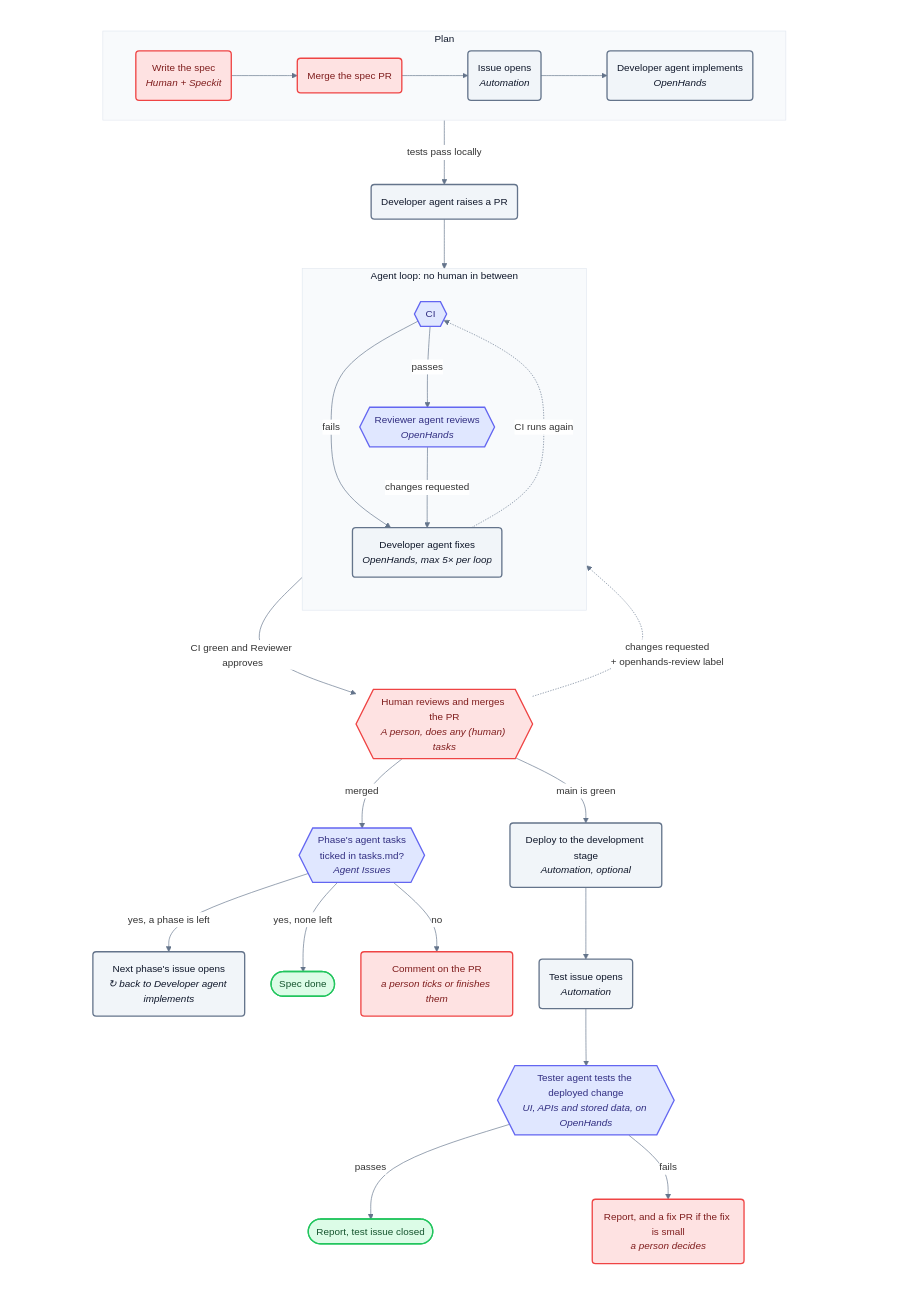
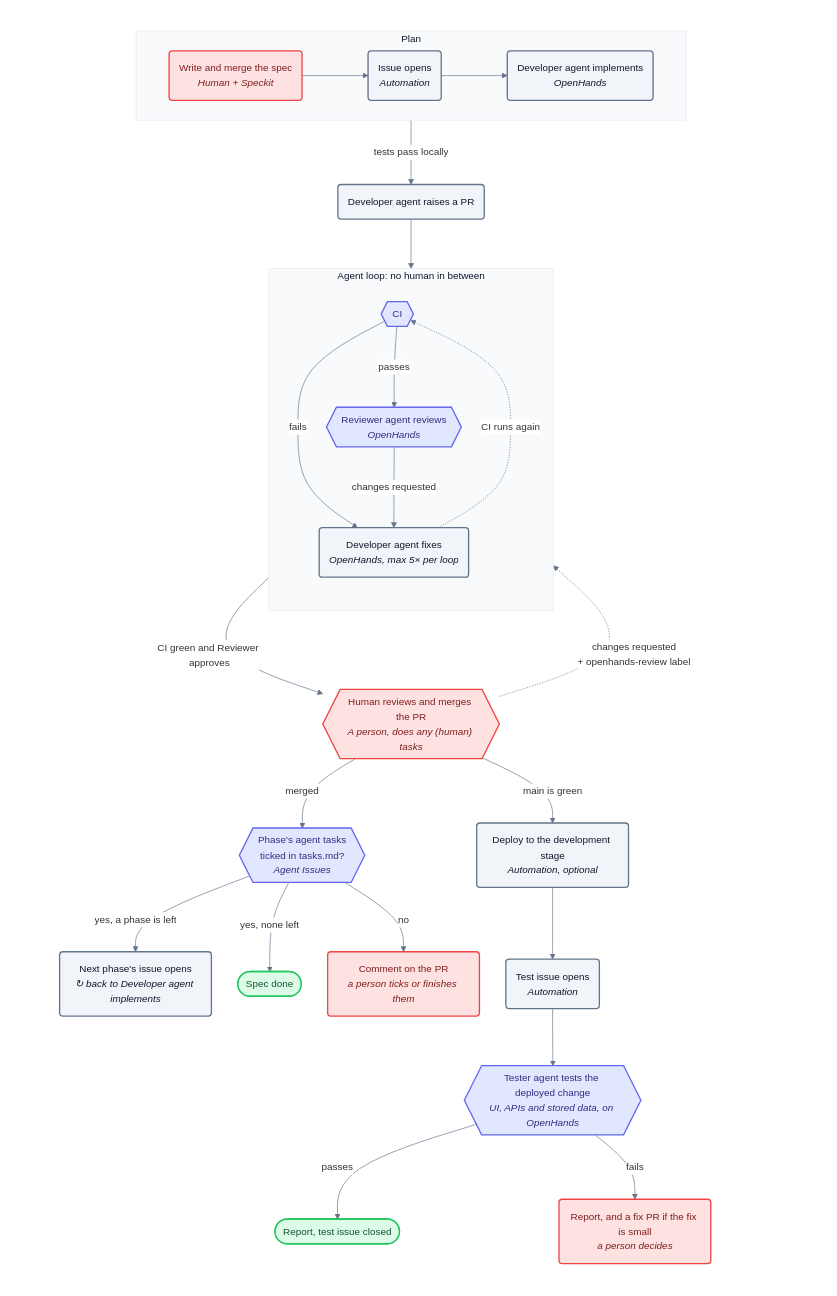
The diagram in docs/diagrams/agentic-loop.mmd (AlexTo/agentic-sdlc), drawn with Mermaid before and after one commit. The commit also changed 1 other file, not shown here.

Commit message:
docs: merge the agentic loop's write-the-spec and merge-the-spec boxes

```diff
--- a/docs/diagrams/agentic-loop.mmd
+++ b/docs/diagrams/agentic-loop.mmd
@@ -1,60 +1,59 @@
 %%{init: {"theme": "base", "flowchart": {"curve": "basis", "nodeSpacing": 40, "rankSpacing": 50}, "themeVariables": {"fontFamily": "Inter, system-ui, sans-serif", "fontSize": "15px", "lineColor": "#64748b", "background": "#ffffff", "textColor": "#0f172a", "titleColor": "#0f172a", "edgeLabelBackground": "#ffffff", "clusterBkg": "#f8fafc", "clusterBorder": "#e2e8f0"}}}%%
 flowchart TB
     subgraph ALL[" "]
     direction TB
     subgraph PLAN["Plan"]
         direction LR
-        S("`Write the spec
-_Human + Speckit_`") --> M1("Merge the spec PR")
-        M1 --> I("`Issue opens
+        S("`Write and merge the spec
+_Human + Speckit_`") --> I("`Issue opens
 _Automation_`")
         I --> IMPL("`Developer agent implements
 _OpenHands_`")
     end
 
     subgraph VERIFY["Agent loop: no human in between"]
         direction TB
         CI{{"CI"}} -- "passes" --> AR{{"`Reviewer agent reviews
 _OpenHands_`"}}
         CI -- "fails" --> FIX("`Developer agent fixes
 _OpenHands, max 5× per loop_`")
         AR -- "changes requested" --> FIX
         FIX -. "CI runs again" .-> CI
     end
 
     PLAN -- "tests pass locally" --> PR("Developer agent raises a PR")
     PR --> VERIFY
     VERIFY -- "CI green and Reviewer approves" --> HR{{"`Human reviews and merges the PR
 _A person, does any (human) tasks_`"}}
     HR -- "merged" --> TICK{{"`Phase's agent tasks
 ticked in tasks.md?
 _Agent Issues_`"}}
     TICK -- "yes, a phase is left" --> NEXT("`Next phase's issue opens
 _↻ back to Developer agent implements_`")
     TICK -- "yes, none left" --> Done(["Spec done"])
     TICK -- "no" --> STALL("`Comment on the PR
 _a person ticks or finishes them_`")
     HR -. "changes requested<br/>+ openhands-review label" .-> VERIFY
 
     HR -- "main is green" --> DEPLOY("`Deploy to the development stage
 _Automation, optional_`")
     DEPLOY --> TISSUE("`Test issue opens
 _Automation_`")
     TISSUE --> TEST{{"`Tester agent tests the deployed change
 _UI, APIs and stored data, on OpenHands_`"}}
     TEST -- "passes" --> TDONE(["Report, test issue closed"])
     TEST -- "fails" --> TFAIL("`Report, and a fix PR if the fix is small
 _a person decides_`")
 
     end
     style ALL fill:#ffffff,stroke:#ffffff,color:#ffffff
 
     classDef human fill:#fee2e2,stroke:#ef4444,stroke-width:2px,color:#7f1d1d
     classDef agent fill:#f1f5f9,stroke:#64748b,stroke-width:2px,color:#0f172a
     classDef gate fill:#e0e7ff,stroke:#6366f1,stroke-width:2px,color:#312e81
     classDef done fill:#dcfce7,stroke:#22c55e,stroke-width:2px,color:#14532d
-    class S,M1 human
+    class S human
     class I,IMPL,PR,FIX,NEXT,DEPLOY,TISSUE agent
     class CI,AR,TICK,TEST gate
     class HR,STALL,TFAIL human
     class Done,TDONE done
```
